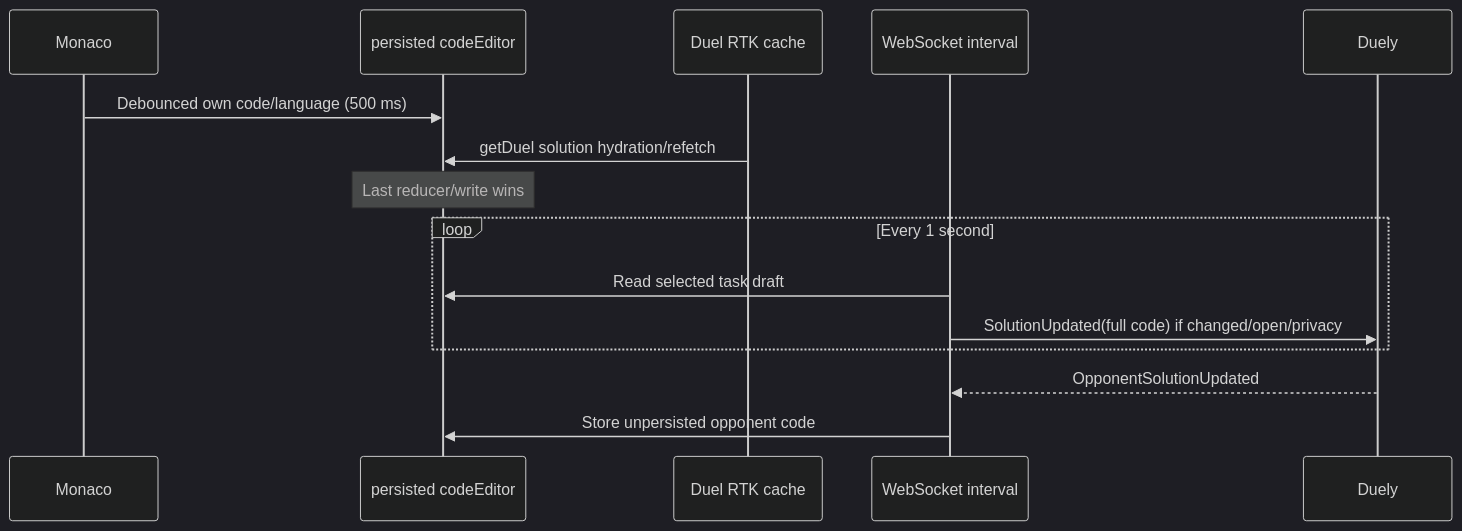
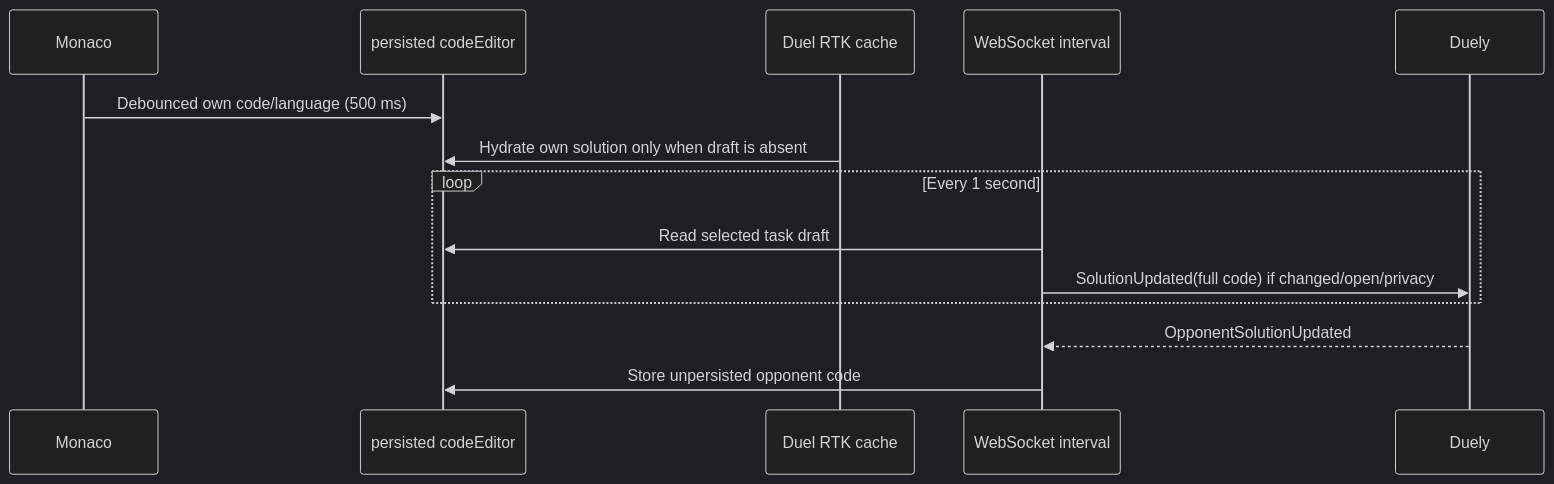
The diagram in docs/processes/editor-state-and-code-sync.md (DIvanCode/CoDuels-Frontend), drawn with Mermaid (dark theme) before and after one commit. The commit also changed other lines of this file and 39 other files, not shown here.

````diff
--- a/docs/processes/editor-state-and-code-sync.md
+++ b/docs/processes/editor-state-and-code-sync.md
@@ -43,17 +44,16 @@
 ```mermaid
 sequenceDiagram
     participant E as Monaco
     participant R as persisted codeEditor
     participant Q as Duel RTK cache
     participant W as WebSocket interval
     participant D as Duely
     E->>R: Debounced own code/language (500 ms)
-    Q->>R: getDuel solution hydration/refetch
-    Note over R: Last reducer/write wins
+    Q->>R: Hydrate own solution only when draft is absent
     loop Every 1 second
         W->>R: Read selected task draft
         W->>D: SolutionUpdated(full code) if changed/open/privacy
     end
     D-->>W: OpponentSolutionUpdated
     W->>R: Store unpersisted opponent code
 ```
````
